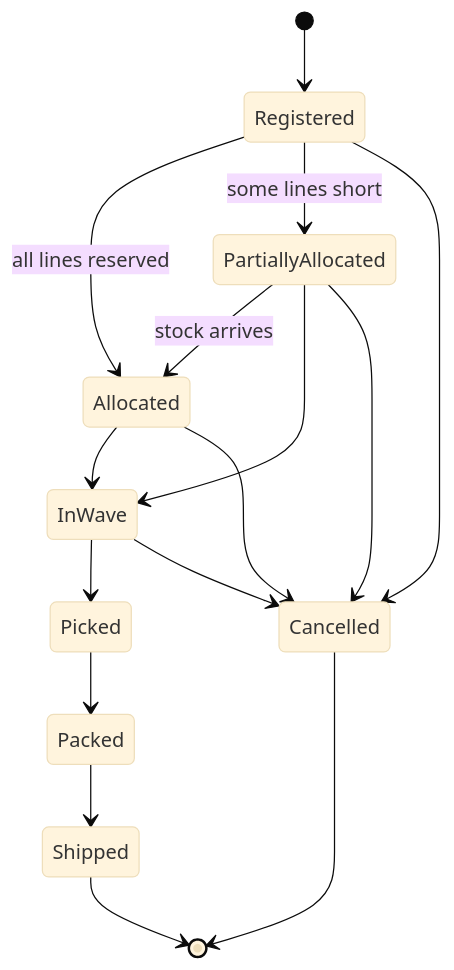
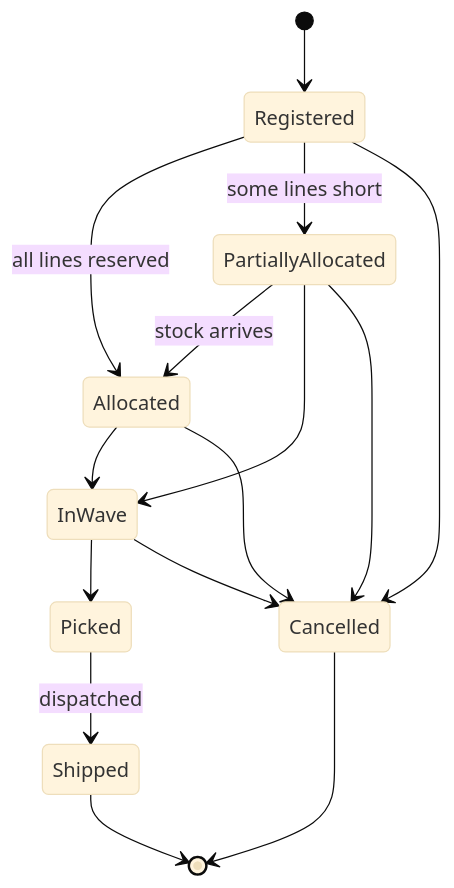
Before and after one commit to Fit0/estiba-wms: the third of 5 diagrams in docs/domain/aggregates.md, drawn with Mermaid (base theme). The commit also changed other lines of this file and 94 other files, not shown here.

First line of the commit message:
feat(outbound): dispatch shipments to a carrier and close the v0.1 flow (#23)

````diff
--- a/docs/domain/aggregates.md
+++ b/docs/domain/aggregates.md
@@ -175,18 +176,17 @@
 ```mermaid
 stateDiagram-v2
     [*] --> Registered
     Registered --> Allocated: all lines reserved
     Registered --> PartiallyAllocated: some lines short
     PartiallyAllocated --> Allocated: stock arrives
     Allocated --> InWave
     PartiallyAllocated --> InWave
     InWave --> Picked
-    Picked --> Packed
-    Packed --> Shipped
+    Picked --> Shipped: dispatched
     Registered --> Cancelled
     Allocated --> Cancelled
     PartiallyAllocated --> Cancelled
     InWave --> Cancelled
     Shipped --> [*]
     Cancelled --> [*]
 ```
````
